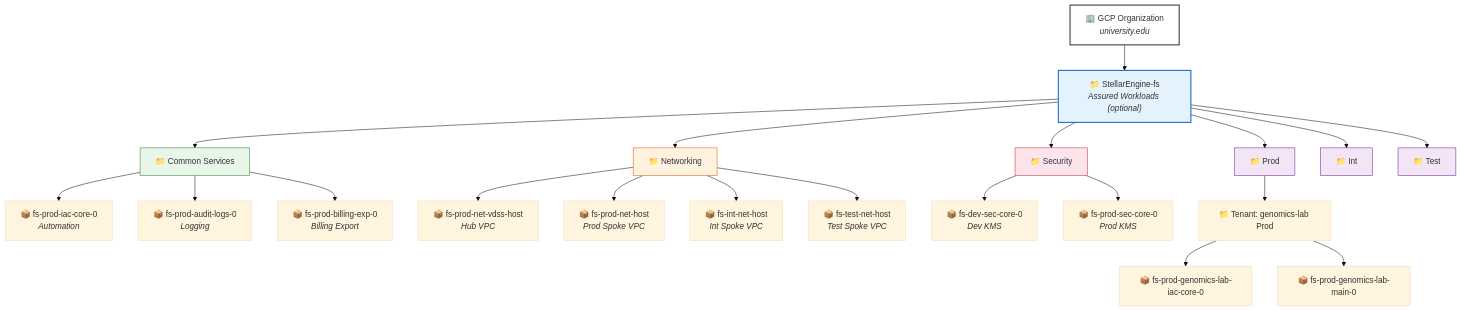
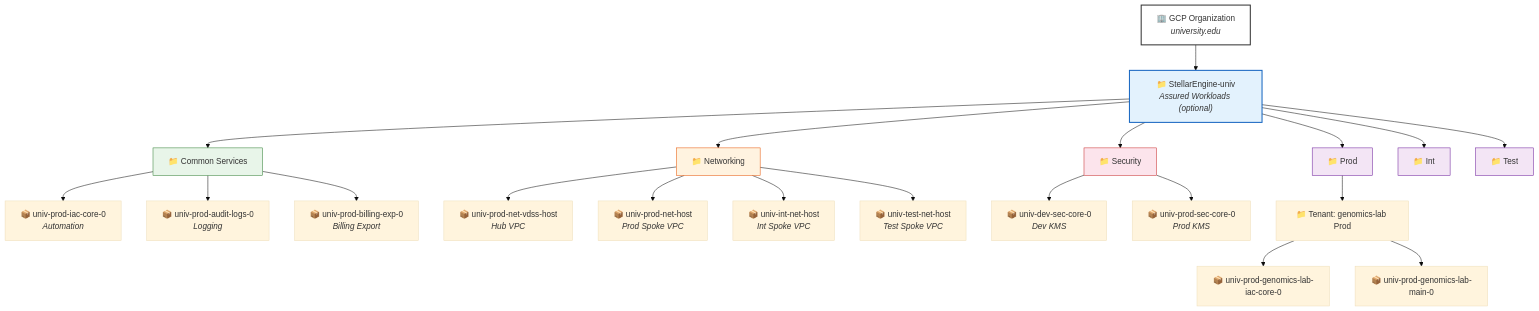
Before and after one commit to WandLZhang/fast-science-0-stellar-engine: the second of 4 diagrams in README.md, drawn with Mermaid (base theme). The commit also changed other lines of this file, not shown here.

````diff
--- a/README.md
+++ b/README.md
@@ -61,38 +61,38 @@
 ```mermaid
 graph TB
     ORG["🏢 GCP Organization<br/><i>university.edu</i>"]
 
-    ORG --> AW["📁 StellarEngine-fs<br/><i>Assured Workloads (optional)</i>"]
+    ORG --> AW["📁 StellarEngine-univ<br/><i>Assured Workloads (optional)</i>"]
 
     AW --> CS["📁 Common Services"]
     AW --> NET["📁 Networking"]
     AW --> SEC["📁 Security"]
     AW --> PROD["📁 Prod"]
     AW --> INT["📁 Int"]
     AW --> TEST["📁 Test"]
 
-    CS --> P1["📦 fs-prod-iac-core-0<br/><i>Automation</i>"]
-    CS --> P2["📦 fs-prod-audit-logs-0<br/><i>Logging</i>"]
-    CS --> P3["📦 fs-prod-billing-exp-0<br/><i>Billing Export</i>"]
+    CS --> P1["📦 univ-prod-iac-core-0<br/><i>Automation</i>"]
+    CS --> P2["📦 univ-prod-audit-logs-0<br/><i>Logging</i>"]
+    CS --> P3["📦 univ-prod-billing-exp-0<br/><i>Billing Export</i>"]
 
-    NET --> P4["📦 fs-prod-net-vdss-host<br/><i>Hub VPC</i>"]
-    NET --> P5["📦 fs-prod-net-host<br/><i>Prod Spoke VPC</i>"]
-    NET --> P6["📦 fs-int-net-host<br/><i>Int Spoke VPC</i>"]
-    NET --> P7["📦 fs-test-net-host<br/><i>Test Spoke VPC</i>"]
+    NET --> P4["📦 univ-prod-net-vdss-host<br/><i>Hub VPC</i>"]
+    NET --> P5["📦 univ-prod-net-host<br/><i>Prod Spoke VPC</i>"]
+    NET --> P6["📦 univ-int-net-host<br/><i>Int Spoke VPC</i>"]
+    NET --> P7["📦 univ-test-net-host<br/><i>Test Spoke VPC</i>"]
 
-    SEC --> P8["📦 fs-dev-sec-core-0<br/><i>Dev KMS</i>"]
-    SEC --> P9["📦 fs-prod-sec-core-0<br/><i>Prod KMS</i>"]
+    SEC --> P8["📦 univ-dev-sec-core-0<br/><i>Dev KMS</i>"]
+    SEC --> P9["📦 univ-prod-sec-core-0<br/><i>Prod KMS</i>"]
 
     PROD --> T1P["📁 Tenant: genomics-lab Prod"]
-    T1P --> T1PI["📦 fs-prod-genomics-lab-iac-core-0"]
-    T1P --> T1PM["📦 fs-prod-genomics-lab-main-0"]
+    T1P --> T1PI["📦 univ-prod-genomics-lab-iac-core-0"]
+    T1P --> T1PM["📦 univ-prod-genomics-lab-main-0"]
 
     style ORG fill:#fff,stroke:#333,stroke-width:2px
     style AW fill:#e3f2fd,stroke:#1565c0,stroke-width:2px
     style CS fill:#e8f5e9,stroke:#2e7d32
     style NET fill:#fff3e0,stroke:#e65100
     style SEC fill:#fce4ec,stroke:#c62828
     style PROD fill:#f3e5f5,stroke:#6a1b9a
     style INT fill:#f3e5f5,stroke:#6a1b9a
     style TEST fill:#f3e5f5,stroke:#6a1b9a
 ```
````
